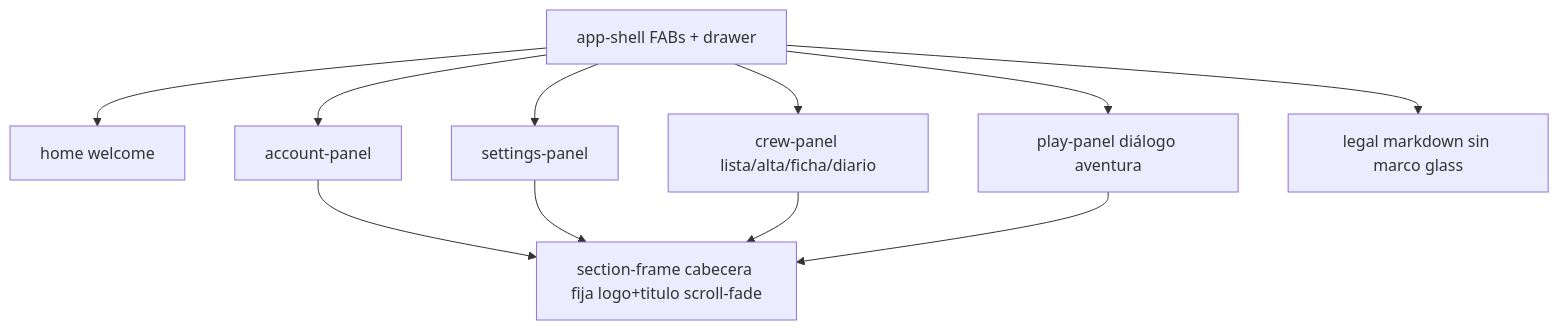
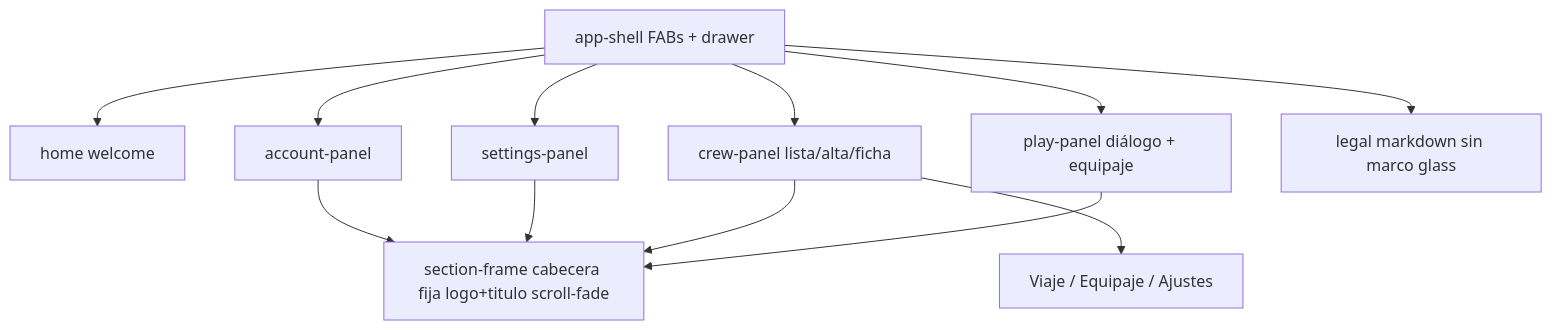
One commit to KuiperBelt-PRO/kidepik changed the first of 2 diagrams in .cursor/diagrams/10-parent-surfaces.md. Above: the diagram before and after it, drawn with Mermaid. The commit also changed other lines of this file and 59 other files, not shown here.

````diff
--- a/.cursor/diagrams/10-parent-surfaces.md
+++ b/.cursor/diagrams/10-parent-surfaces.md
@@ -5,17 +5,18 @@
 ```mermaid
 flowchart TB
   Shell[app-shell FABs + drawer]
   Frame[section-frame cabecera fija logo+titulo scroll-fade]
 
   Shell --> Home[home welcome]
   Shell --> Acc[account-panel]
   Shell --> Set[settings-panel]
-  Shell --> Crew[crew-panel lista/alta/ficha/diario]
-  Shell --> Play[play-panel diálogo aventura]
+  Shell --> Crew[crew-panel lista/alta/ficha]
+  Shell --> Play[play-panel diálogo + equipaje]
   Shell --> Legal[legal markdown sin marco glass]
 
+  Crew --> Tabs[Viaje / Equipaje / Ajustes]
   Acc --> Frame
   Set --> Frame
   Crew --> Frame
   Play --> Frame
 ```
````
